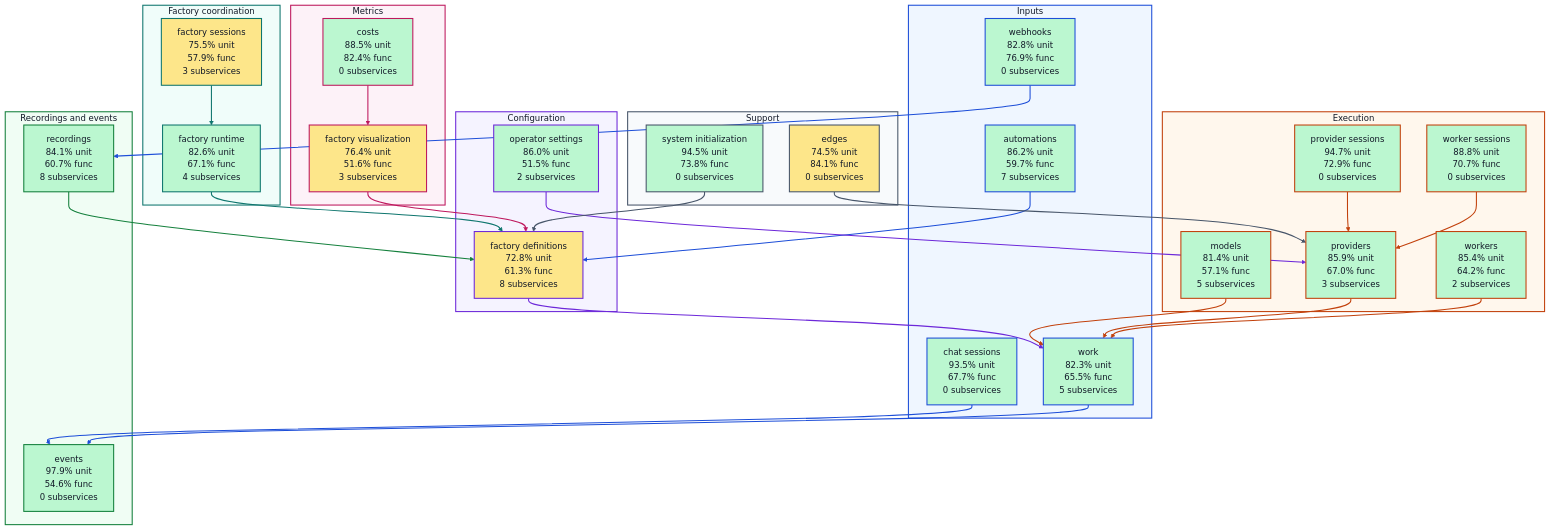
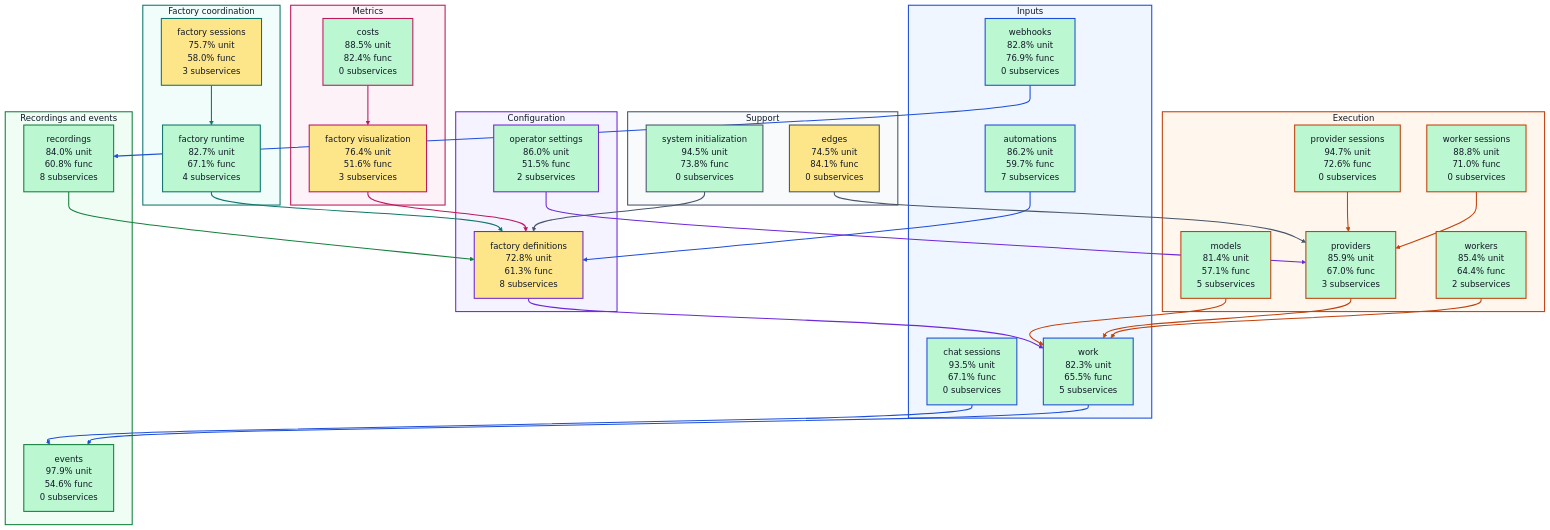
The diagram in docs/architecture/visualizations/high-level-test-coverage.md (portpowered/you-agent-factory), drawn with Mermaid before and after one commit. The commit also changed other lines of this file and 20 other files, not shown here.

Commit message:
docs: refresh backend architecture visualizations

```diff
--- a/docs/architecture/visualizations/high-level-test-coverage.md
+++ b/docs/architecture/visualizations/high-level-test-coverage.md
@@ -12,7 +12,7 @@
 flowchart TB
   subgraph input["Inputs"]
     s_services_automations["automations<br/>86.2% unit<br/>59.7% func<br/>7 subservices"]
-    s_services_chat_sessions["chat sessions<br/>93.5% unit<br/>67.7% func<br/>0 subservices"]
+    s_services_chat_sessions["chat sessions<br/>93.5% unit<br/>67.1% func<br/>0 subservices"]
     s_services_webhooks["webhooks<br/>82.8% unit<br/>76.9% func<br/>0 subservices"]
     s_services_work["work<br/>82.3% unit<br/>65.5% func<br/>5 subservices"]
   end
@@ -21,19 +21,19 @@
     s_services_operator_settings["operator settings<br/>86.0% unit<br/>51.5% func<br/>2 subservices"]
   end
   subgraph coordination["Factory coordination"]
-    s_services_factory_runtime["factory runtime<br/>82.6% unit<br/>67.1% func<br/>4 subservices"]
-    s_services_factory_sessions["factory sessions<br/>75.5% unit<br/>57.9% func<br/>3 subservices"]
+    s_services_factory_runtime["factory runtime<br/>82.7% unit<br/>67.1% func<br/>4 subservices"]
+    s_services_factory_sessions["factory sessions<br/>75.7% unit<br/>58.0% func<br/>3 subservices"]
   end
   subgraph execution["Execution"]
     s_services_models["models<br/>81.4% unit<br/>57.1% func<br/>5 subservices"]
-    s_services_provider_sessions["provider sessions<br/>94.7% unit<br/>72.9% func<br/>0 subservices"]
+    s_services_provider_sessions["provider sessions<br/>94.7% unit<br/>72.6% func<br/>0 subservices"]
     s_services_providers["providers<br/>85.9% unit<br/>67.0% func<br/>3 subservices"]
-    s_services_worker_sessions["worker sessions<br/>88.8% unit<br/>70.7% func<br/>0 subservices"]
-    s_services_workers["workers<br/>85.4% unit<br/>64.2% func<br/>2 subservices"]
+    s_services_worker_sessions["worker sessions<br/>88.8% unit<br/>71.0% func<br/>0 subservices"]
+    s_services_workers["workers<br/>85.4% unit<br/>64.4% func<br/>2 subservices"]
   end
   subgraph recordings["Recordings and events"]
     s_services_events["events<br/>97.9% unit<br/>54.6% func<br/>0 subservices"]
-    s_services_recordings["recordings<br/>84.1% unit<br/>60.7% func<br/>8 subservices"]
+    s_services_recordings["recordings<br/>84.0% unit<br/>60.8% func<br/>8 subservices"]
   end
   subgraph metrics["Metrics"]
     s_services_costs["costs<br/>88.5% unit<br/>82.4% func<br/>0 subservices"]
```
